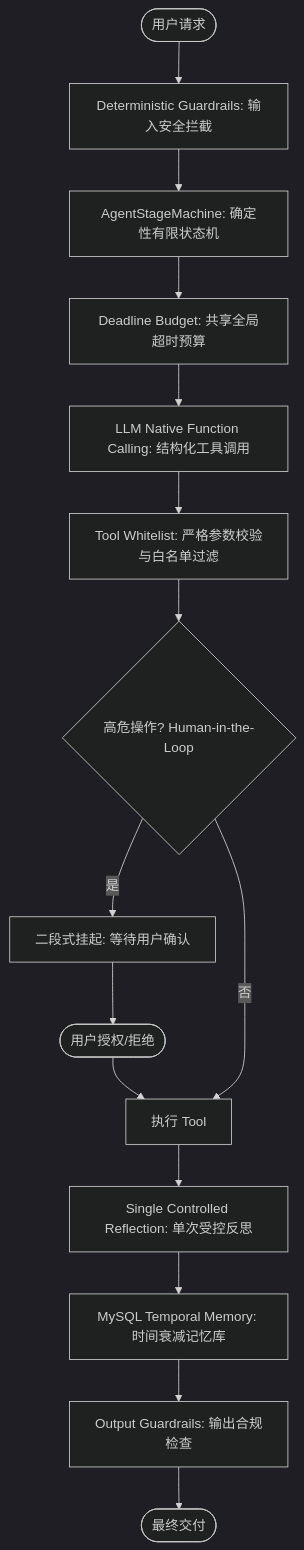
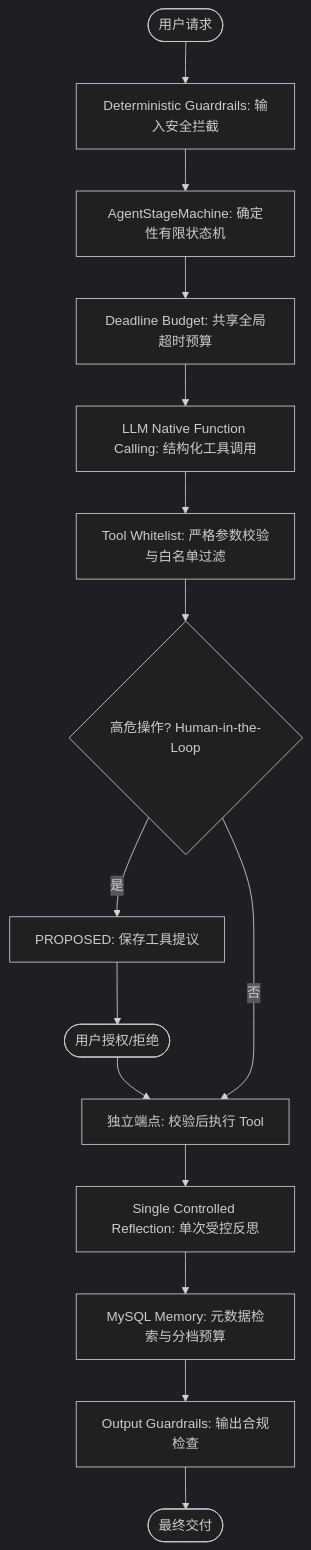
The first of 2 diagrams in skills/linsist-coach/references/curriculums/java-agent-rag/projects-context.md (Lin-sist/Linsist-Skill), drawn with Mermaid (dark theme) before and after one commit. The commit also changed other lines of this file and 19 other files, not shown here.

````diff
--- a/skills/linsist-coach/references/curriculums/java-agent-rag/projects-context.md
+++ b/skills/linsist-coach/references/curriculums/java-agent-rag/projects-context.md
@@ -13,17 +15,17 @@
 ```mermaid
 graph TD
     User([用户请求]) --> GuardIn[Deterministic Guardrails: 输入安全拦截]
     GuardIn --> FSM[AgentStageMachine: 确定性有限状态机]
     FSM --> Budget[Deadline Budget: 共享全局超时预算]
     Budget --> LLM[LLM Native Function Calling: 结构化工具调用]
     LLM --> Whitelist[Tool Whitelist: 严格参数校验与白名单过滤]
     Whitelist --> HITL{高危操作? Human-in-the-Loop}
-    HITL -- 是 --> Pending[二段式挂起: 等待用户确认]
+    HITL -- 是 --> Pending[PROPOSED: 保存工具提议]
     Pending --> UserAction([用户授权/拒绝])
-    UserAction --> Execute[执行 Tool]
+    UserAction --> Execute[独立端点: 校验后执行 Tool]
     HITL -- 否 --> Execute
     Execute --> Reflect[Single Controlled Reflection: 单次受控反思]
-    Reflect --> Mem[MySQL Temporal Memory: 时间衰减记忆库]
+    Reflect --> Mem[MySQL Memory: 元数据检索与分档预算]
     Mem --> GuardOut[Output Guardrails: 输出合规检查]
     GuardOut --> Output([最终交付])
 ```
````
